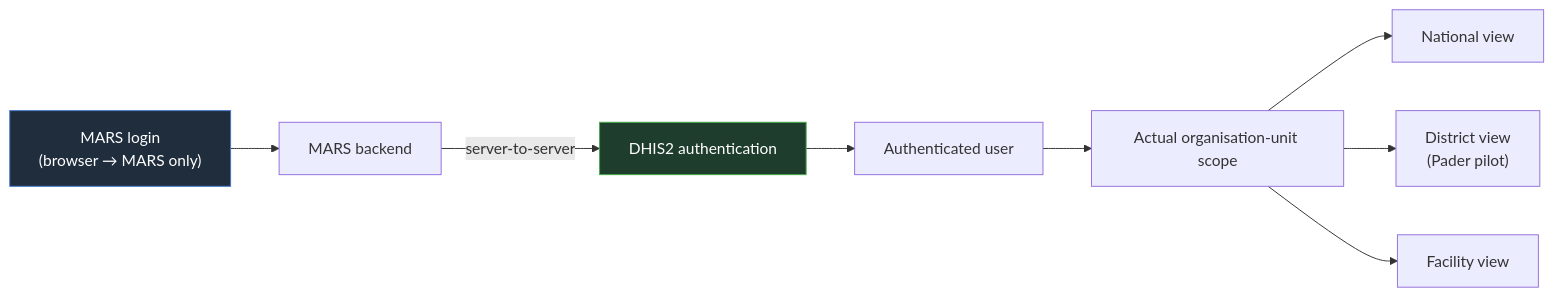
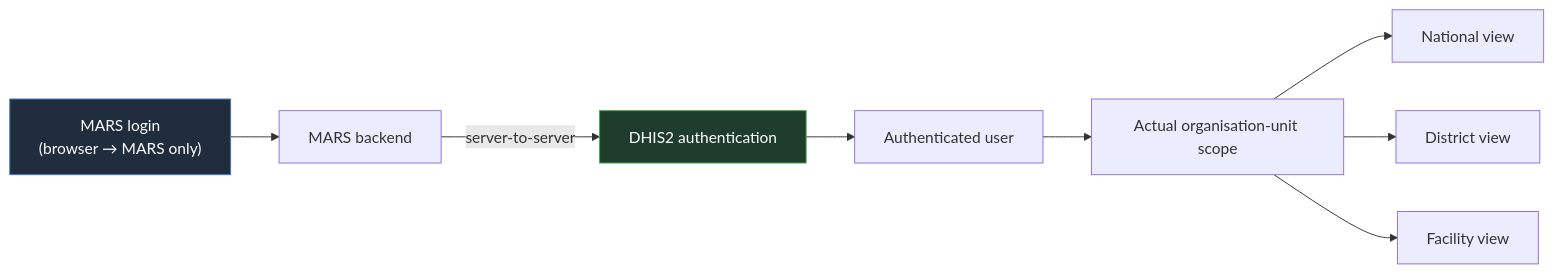
Before and after one commit to Isaac25-lgtm/Malaria-Antimalarial-Resistance-Surveillance: the second of 2 diagrams in README.md, drawn with Mermaid. The commit also changed other lines of this file, not shown here.

````diff
--- a/README.md
+++ b/README.md
@@ -194,13 +208,13 @@
 ```mermaid
 flowchart LR
     A["MARS login<br/>(browser → MARS only)"] --> B["MARS backend"]
     B -->|server-to-server| C["DHIS2 authentication"]
     C --> D["Authenticated user"]
     D --> E["Actual organisation-unit scope"]
     E --> F1["National view"]
-    E --> F2["District view<br/>(Pader pilot)"]
+    E --> F2["District view"]
     E --> F3["Facility view"]
 
     style A fill:#1f2d3d,stroke:#47c,color:#fff
     style C fill:#1f3d2d,stroke:#4a4,color:#fff
 ```
````
